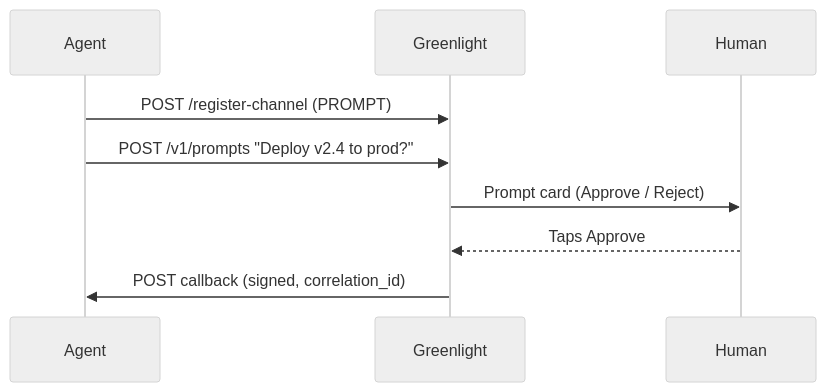
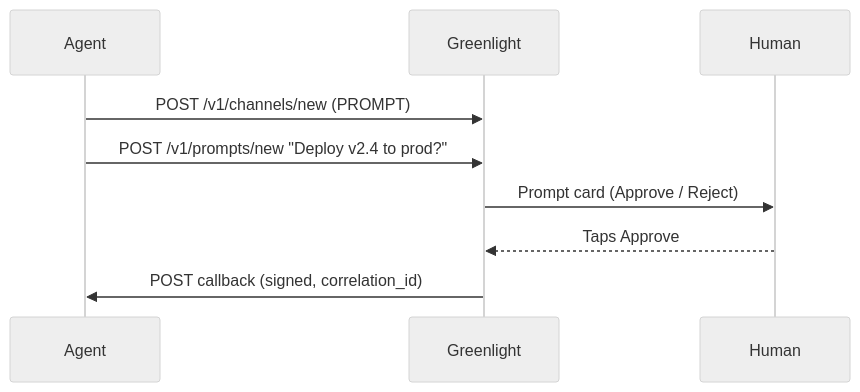
Before and after one commit to HashTerm/greenlight: the second of 3 diagrams in docs-site/content/getting-started/concepts.mdx, drawn with Mermaid. The commit also changed other lines of this file and 40 other files, not shown here.

First line of the commit message:
feat: REST v1 agent API for channels, prompts, and messages

````diff
--- a/docs-site/content/getting-started/concepts.mdx
+++ b/docs-site/content/getting-started/concepts.mdx
@@ -32,12 +32,12 @@
 ```mermaid
 %%{init: {'theme': 'neutral'}}%%
 sequenceDiagram
   participant Agent
   participant Greenlight
   participant Human
-  Agent->>Greenlight: POST /register-channel (PROMPT)
-  Agent->>Greenlight: POST /v1/prompts "Deploy v2.4 to prod?"
+  Agent->>Greenlight: POST /v1/channels/new (PROMPT)
+  Agent->>Greenlight: POST /v1/prompts/new "Deploy v2.4 to prod?"
   Greenlight->>Human: Prompt card (Approve / Reject)
   Human-->>Greenlight: Taps Approve
   Greenlight->>Agent: POST callback (signed, correlation_id)
 ```
````
